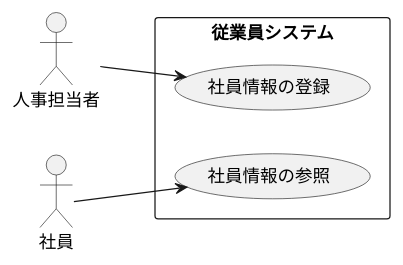
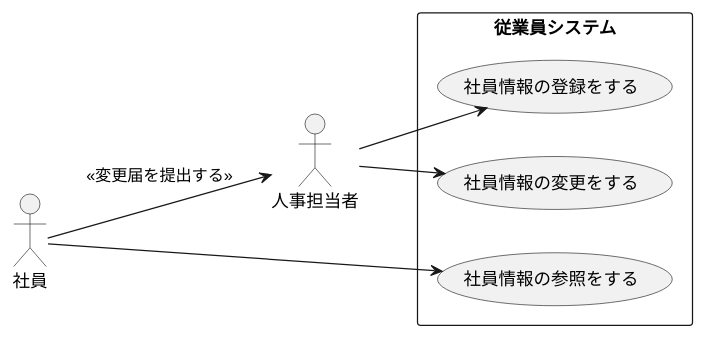
One commit to yoshidasen/uml-introduction changed the diagram in 演習2-6_盛岡システム_従業員登録システム.pu. Above: the diagram before and after it, drawn with PlantUML.

Commit message:
演習2-6

```diff
--- a/演習2-6_盛岡システム_従業員登録システム.pu
+++ b/演習2-6_盛岡システム_従業員登録システム.pu
@@ -1,15 +1,18 @@
 @startuml 従業員登録システム
     left to right direction
     actor 人事担当者 as A1
     actor 社員 as A2
 
     rectangle 従業員システム {
-        usecase 社員情報の登録 as U1
-        usecase 社員情報の参照 as U2
+        usecase 社員情報の登録をする as U1
+        usecase 社員情報の参照をする as U2
+        usecase 社員情報の変更をする as U3
     }
 
     A1 --> U1
     A2 --> U2
+    A2 --> A1 : <<変更届を提出する>>
+    A1 --> U3
     
 
 @enduml
```
